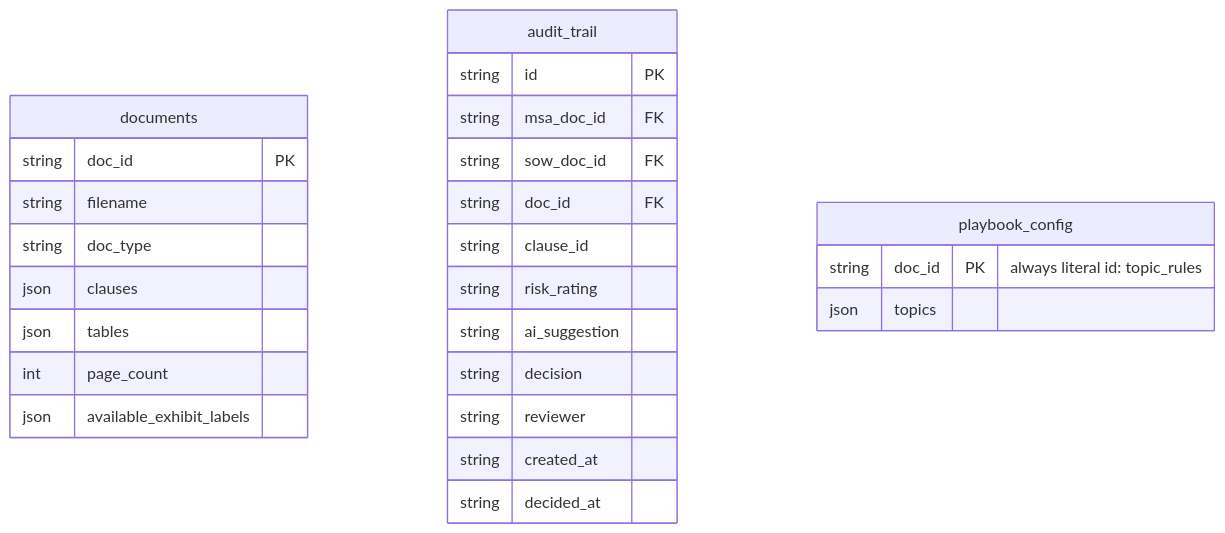
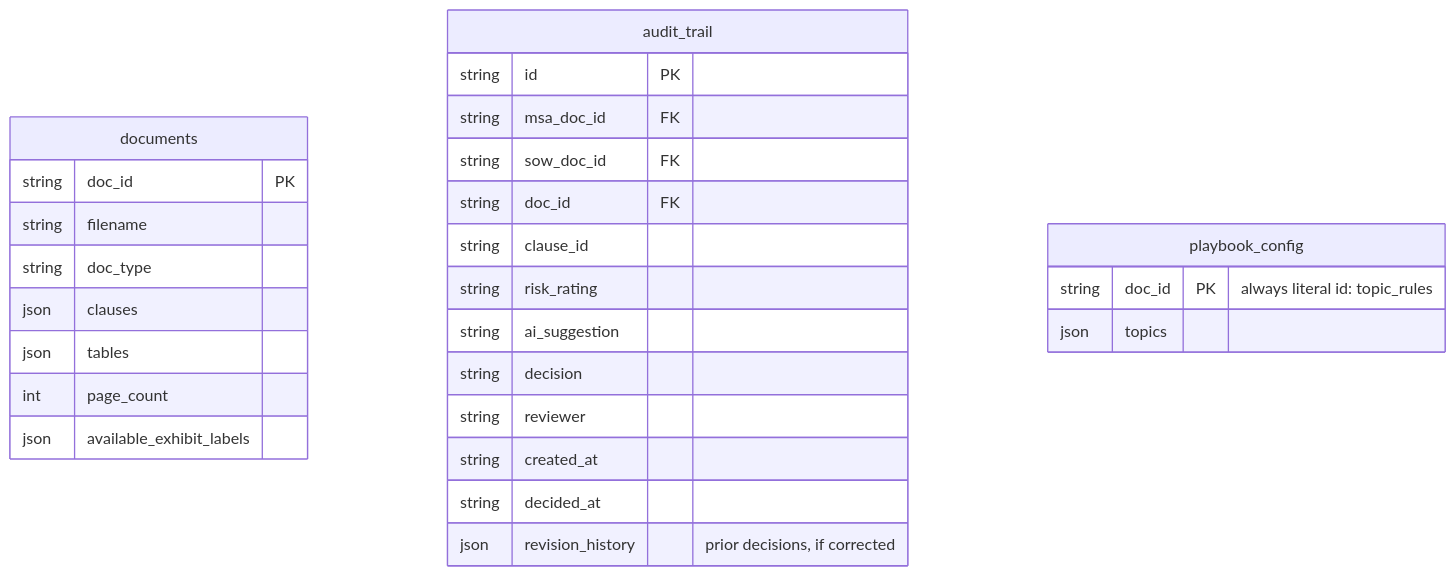
One commit to KL2300030695/LexTwin-AI changed the second of 4 diagrams in README.md. Above: the diagram before and after it, drawn with Mermaid. The commit also changed other lines of this file and 8 other files, not shown here.

````diff
--- a/README.md
+++ b/README.md
@@ -1234,29 +1250,30 @@
 ```mermaid
 erDiagram
     documents {
         string doc_id PK
         string filename
         string doc_type
         json clauses
         json tables
         int page_count
         json available_exhibit_labels
     }
     audit_trail {
         string id PK
         string msa_doc_id FK
         string sow_doc_id FK
         string doc_id FK
         string clause_id
         string risk_rating
         string ai_suggestion
         string decision
         string reviewer
         string created_at
         string decided_at
+        json revision_history "prior decisions, if corrected"
     }
     playbook_config {
         string doc_id PK "always literal id: topic_rules"
         json topics
     }
 ```
````
